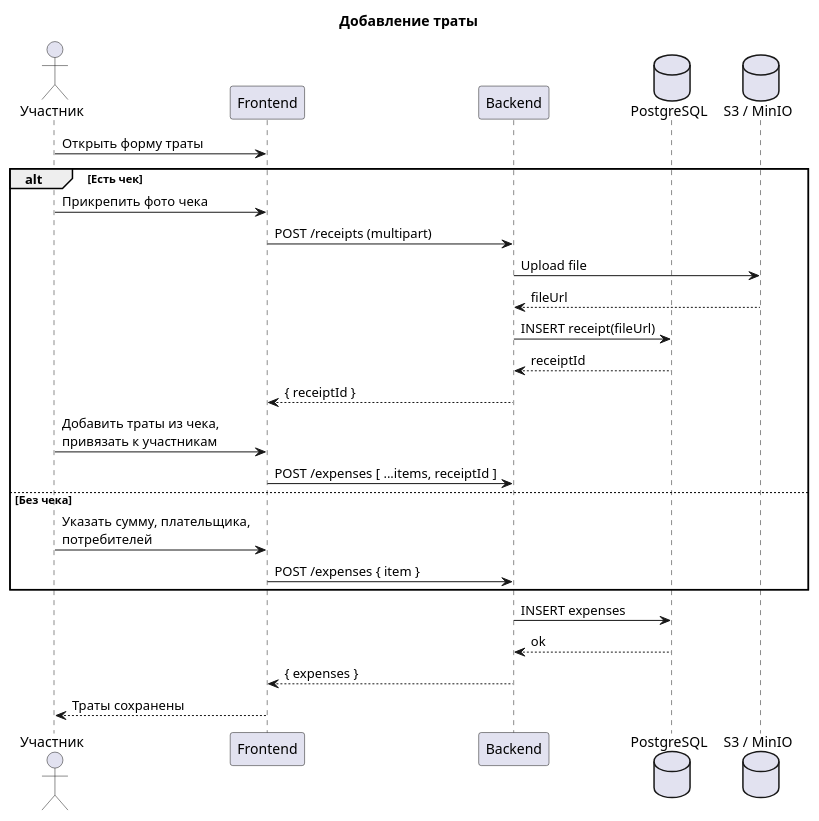
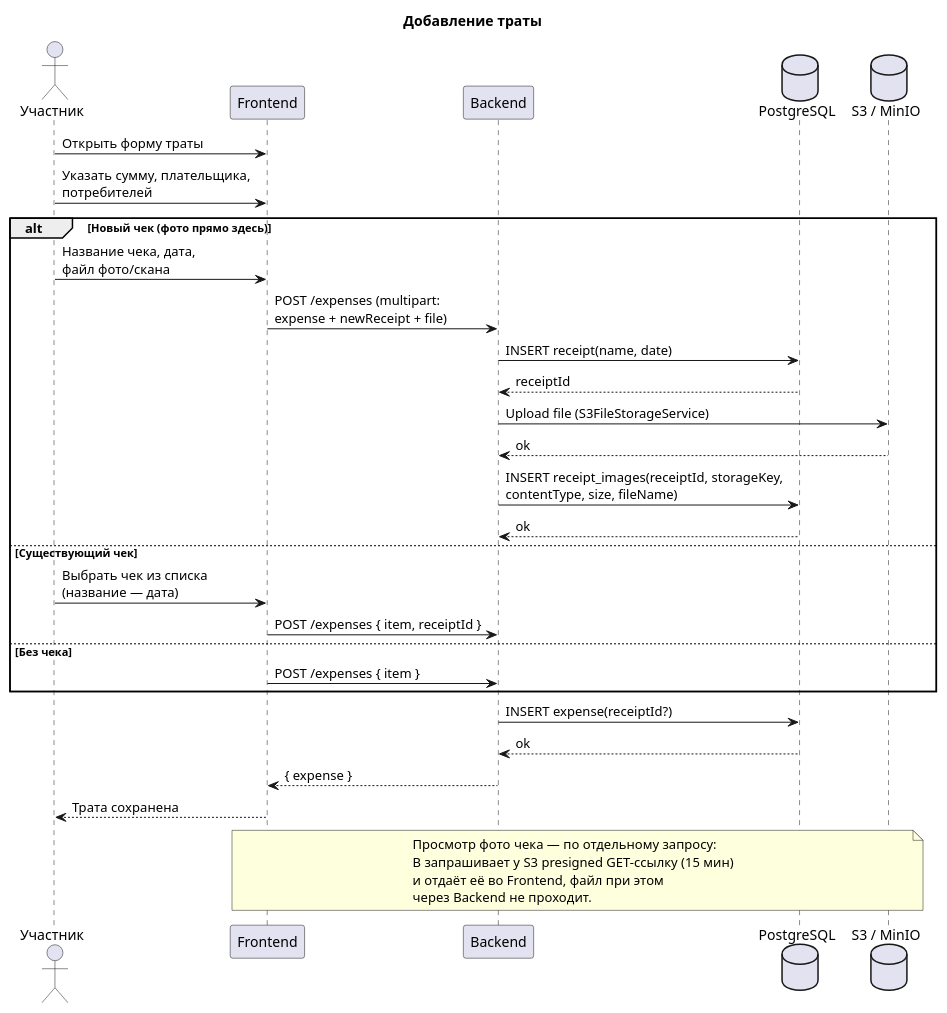
Before and after one commit to SashaKoretski/TripSplit: the diagram in img/UML/AddExpense_UML.puml, drawn with PlantUML. The commit also changed 54 other files, not shown here.

```diff
--- a/img/UML/AddExpense_UML.puml
+++ b/img/UML/AddExpense_UML.puml
@@ -1,33 +1,41 @@
 @startuml Sequence_AddExpense
 title Добавление траты
 
 actor "Участник" as U
 participant "Frontend" as F
 participant "Backend" as B
 database "PostgreSQL" as DB
 database "S3 / MinIO" as S3
 
 U -> F : Открыть форму траты
+U -> F : Указать сумму, плательщика,\nпотребителей
 
-alt Есть чек
-    U -> F : Прикрепить фото чека
-    F -> B : POST /receipts (multipart)
-    B -> S3 : Upload file
-    S3 --> B : fileUrl
-    B -> DB : INSERT receipt(fileUrl)
+alt Новый чек (фото прямо здесь)
+    U -> F : Название чека, дата,\nфайл фото/скана
+    F -> B : POST /expenses (multipart:\nexpense + newReceipt + file)
+    B -> DB : INSERT receipt(name, date)
     DB --> B : receiptId
-    B --> F : { receiptId }
-
-    U -> F : Добавить траты из чека,\nпривязать к участникам
-    F -> B : POST /expenses [ ...items, receiptId ]
+    B -> S3 : Upload file (S3FileStorageService)
+    S3 --> B : ok
+    B -> DB : INSERT receipt_images(receiptId, storageKey,\ncontentType, size, fileName)
+    DB --> B : ok
+else Существующий чек
+    U -> F : Выбрать чек из списка\n(название — дата)
+    F -> B : POST /expenses { item, receiptId }
 else Без чека
-    U -> F : Указать сумму, плательщика,\nпотребителей
     F -> B : POST /expenses { item }
 end
 
-B -> DB : INSERT expenses
+B -> DB : INSERT expense(receiptId?)
 DB --> B : ok
-B --> F : { expenses }
-F --> U : Траты сохранены
+B --> F : { expense }
+F --> U : Трата сохранена
+
+note over F, S3
+  Просмотр фото чека — по отдельному запросу:
+  B запрашивает у S3 presigned GET-ссылку (15 мин)
+  и отдаёт её во Frontend, файл при этом
+  через Backend не проходит.
+end note
 
 @enduml
```
